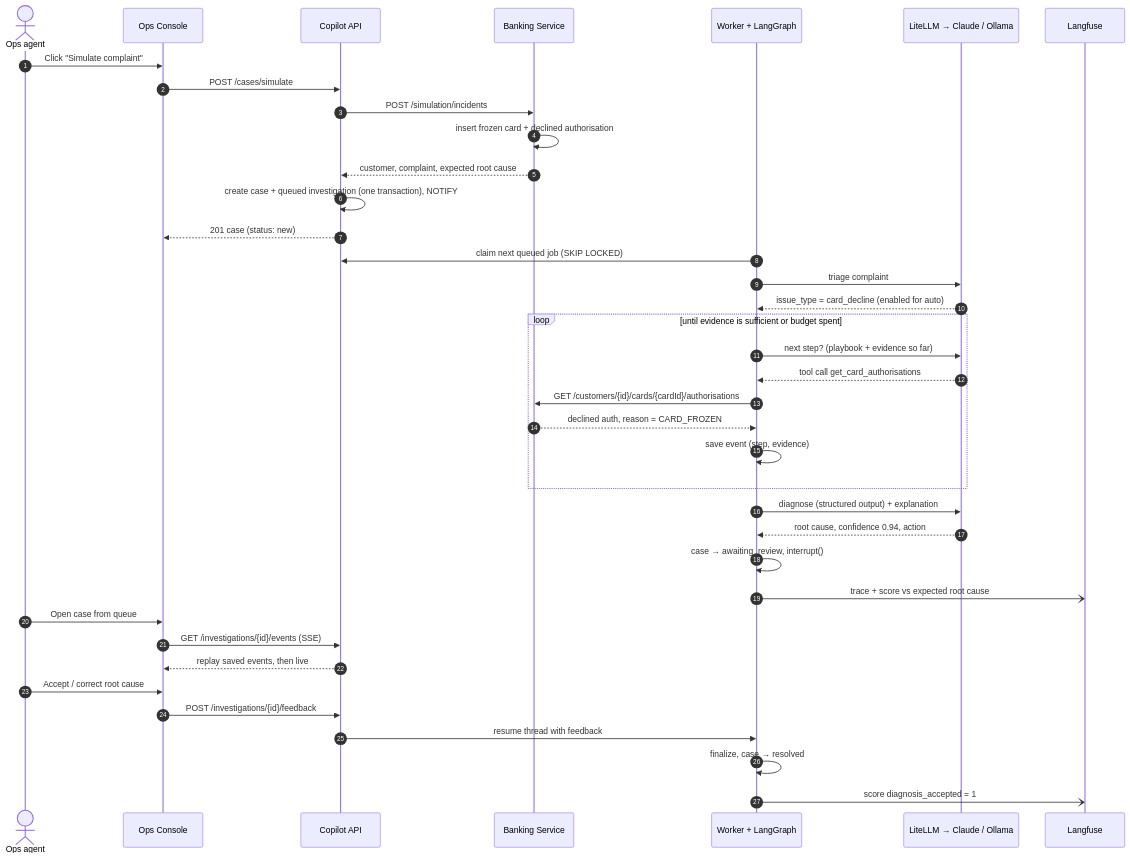
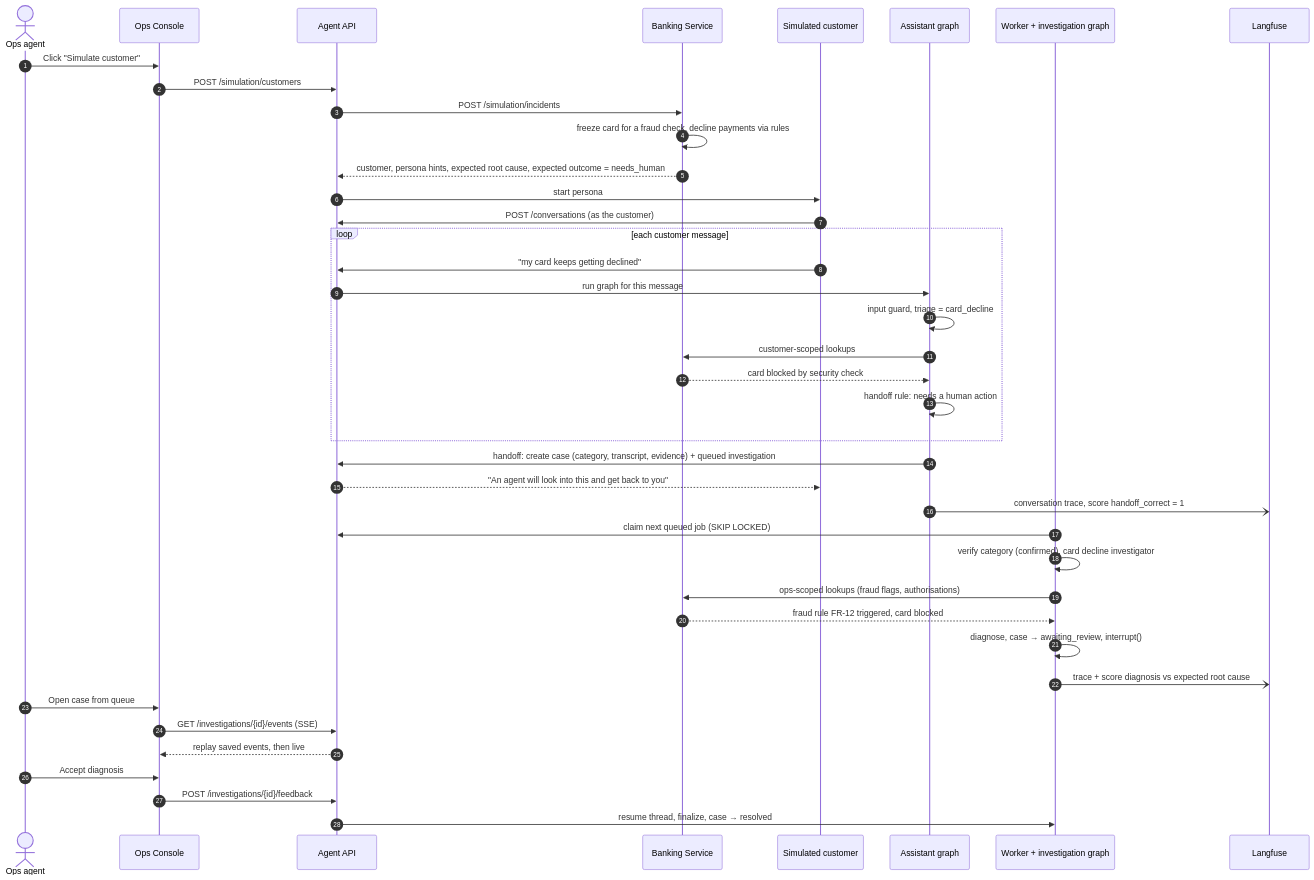
Before and after one commit to babicmilan999/claude-poc: the eighth of 12 diagrams in docs/architecture.md, drawn with Mermaid. The commit also changed other lines of this file, not shown here.

First line of the commit message:
Add in-app customer assistant to architecture design

````diff
--- a/docs/architecture.md
+++ b/docs/architecture.md
@@ -273,41 +396,43 @@
 ```mermaid
 sequenceDiagram
     autonumber
     actor Ops as Ops agent
     participant UI as Ops Console
-    participant API as Copilot API
+    participant API as Agent API
     participant B as Banking Service
-    participant W as Worker + LangGraph
-    participant LLM as LiteLLM → Claude / Ollama
+    participant SC as Simulated customer
+    participant A as Assistant graph
+    participant W as Worker + investigation graph
     participant LF as Langfuse
 
-    Ops->>UI: Click "Simulate complaint"
-    UI->>API: POST /cases/simulate
+    Ops->>UI: Click "Simulate customer"
+    UI->>API: POST /simulation/customers
     API->>B: POST /simulation/incidents
-    B->>B: insert frozen card + declined authorisation
-    B-->>API: customer, complaint, expected root cause
-    API->>API: create case + queued investigation (one transaction), NOTIFY
-    API-->>UI: 201 case (status: new)
+    B->>B: freeze card for a fraud check, decline payments via rules
+    B-->>API: customer, persona hints, expected root cause, expected outcome = needs_human
+    API->>SC: start persona
+    SC->>API: POST /conversations (as the customer)
+    loop each customer message
+        SC->>API: "my card keeps getting declined"
+        API->>A: run graph for this message
+        A->>A: input guard, triage = card_decline
+        A->>B: customer-scoped lookups
+        B-->>A: card blocked by security check
+        A->>A: handoff rule: needs a human action
+    end
+    A->>API: handoff: create case (category, transcript, evidence) + queued investigation
+    API-->>SC: "An agent will look into this and get back to you"
+    A-)LF: conversation trace, score handoff_correct = 1
     W->>API: claim next queued job (SKIP LOCKED)
-    W->>LLM: triage complaint
-    LLM-->>W: issue_type = card_decline (enabled for auto)
-    loop until evidence is sufficient or budget spent
-        W->>LLM: next step? (playbook + evidence so far)
-        LLM-->>W: tool call get_card_authorisations
-        W->>B: GET /customers/{id}/cards/{cardId}/authorisations
-        B-->>W: declined auth, reason = CARD_FROZEN
-        W->>W: save event (step, evidence)
-    end
-    W->>LLM: diagnose (structured output) + explanation
-    LLM-->>W: root cause, confidence 0.94, action
-    W->>W: case → awaiting_review, interrupt()
-    W-)LF: trace + score vs expected root cause
+    W->>W: verify category (confirmed), card decline investigator
+    W->>B: ops-scoped lookups (fraud flags, authorisations)
+    B-->>W: fraud rule FR-12 triggered, card blocked
+    W->>W: diagnose, case → awaiting_review, interrupt()
+    W-)LF: trace + score diagnosis vs expected root cause
     Ops->>UI: Open case from queue
     UI->>API: GET /investigations/{id}/events (SSE)
     API-->>UI: replay saved events, then live
-    Ops->>UI: Accept / correct root cause
+    Ops->>UI: Accept diagnosis
     UI->>API: POST /investigations/{id}/feedback
-    API->>W: resume thread with feedback
-    W->>W: finalize, case → resolved
-    W-)LF: score diagnosis_accepted = 1
+    API->>W: resume thread, finalize, case → resolved
 ```
````
